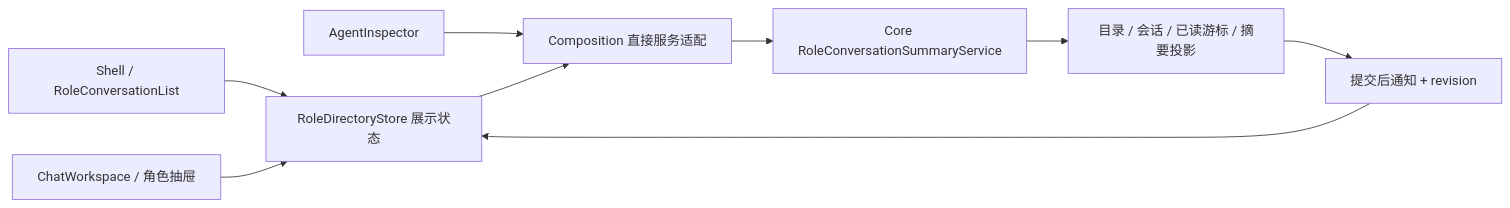
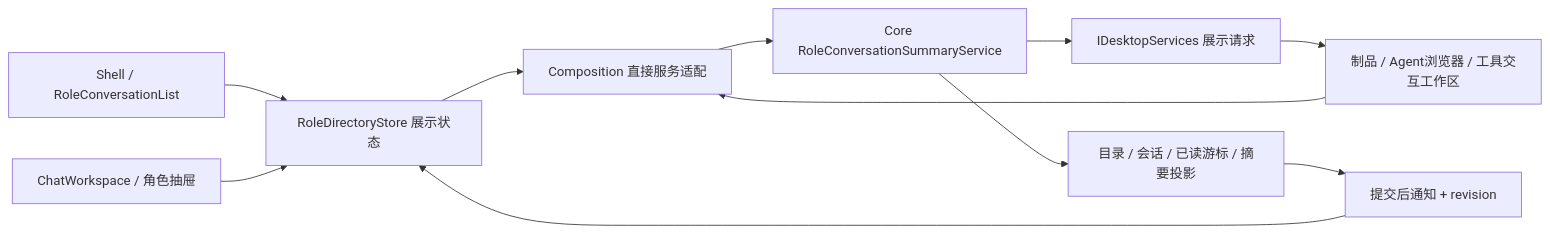
The diagram in Docs/Features/Desktop-Chat-List-Startup-Audit-Design-2026-09-28.md (PuddingAgent/PuddingAgent), drawn with Mermaid before and after one commit. The commit also changed other lines of this file and 3 other files, not shown here.

Commit message:
docs(desktop): restore right pane as artifact and Agent interaction workspace

````diff
--- a/Docs/Features/Desktop-Chat-List-Startup-Audit-Design-2026-09-28.md
+++ b/Docs/Features/Desktop-Chat-List-Startup-Audit-Design-2026-09-28.md
@@ -115,11 +128,13 @@
 ```mermaid
 flowchart LR
   Shell[Shell / RoleConversationList] --> Store[RoleDirectoryStore 展示状态]
   Chat[ChatWorkspace / 角色抽屉] --> Store
-  Inspector[AgentInspector] --> Adapter[Composition 直接服务适配]
+  Workspace[制品 / Agent浏览器 / 工具交互工作区] --> Adapter[Composition 直接服务适配]
+  Core --> Display[IDesktopServices 展示请求]
+  Display --> Workspace
   Store --> Adapter
   Adapter --> Core[Core RoleConversationSummaryService]
   Core --> Data[目录 / 会话 / 已读游标 / 摘要投影]
   Data --> Signal[提交后通知 + revision]
   Signal --> Store
 ```
````
